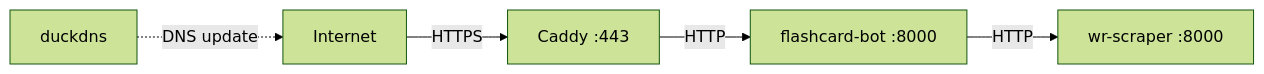
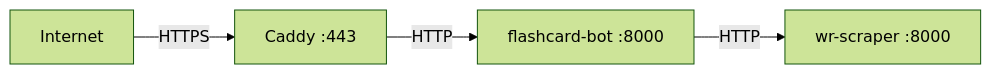
Before and after one commit to d-khalang/FlashCard_ecosystem: the diagram in flashcard-project/docs/configuration.md, drawn with Mermaid (forest theme). The commit also changed other lines of this file and 8 other files, not shown here.

````diff
--- a/flashcard-project/docs/configuration.md
+++ b/flashcard-project/docs/configuration.md
@@ -107,7 +106,6 @@
 ```mermaid
 graph LR
     INET[Internet] -->|HTTPS| CADDY[Caddy :443]
     CADDY -->|HTTP| BOT[flashcard-bot :8000]
     BOT -->|HTTP| SCRAPER[wr-scraper :8000]
-    DUCK[duckdns] -.->|DNS update| INET
 ```
````
